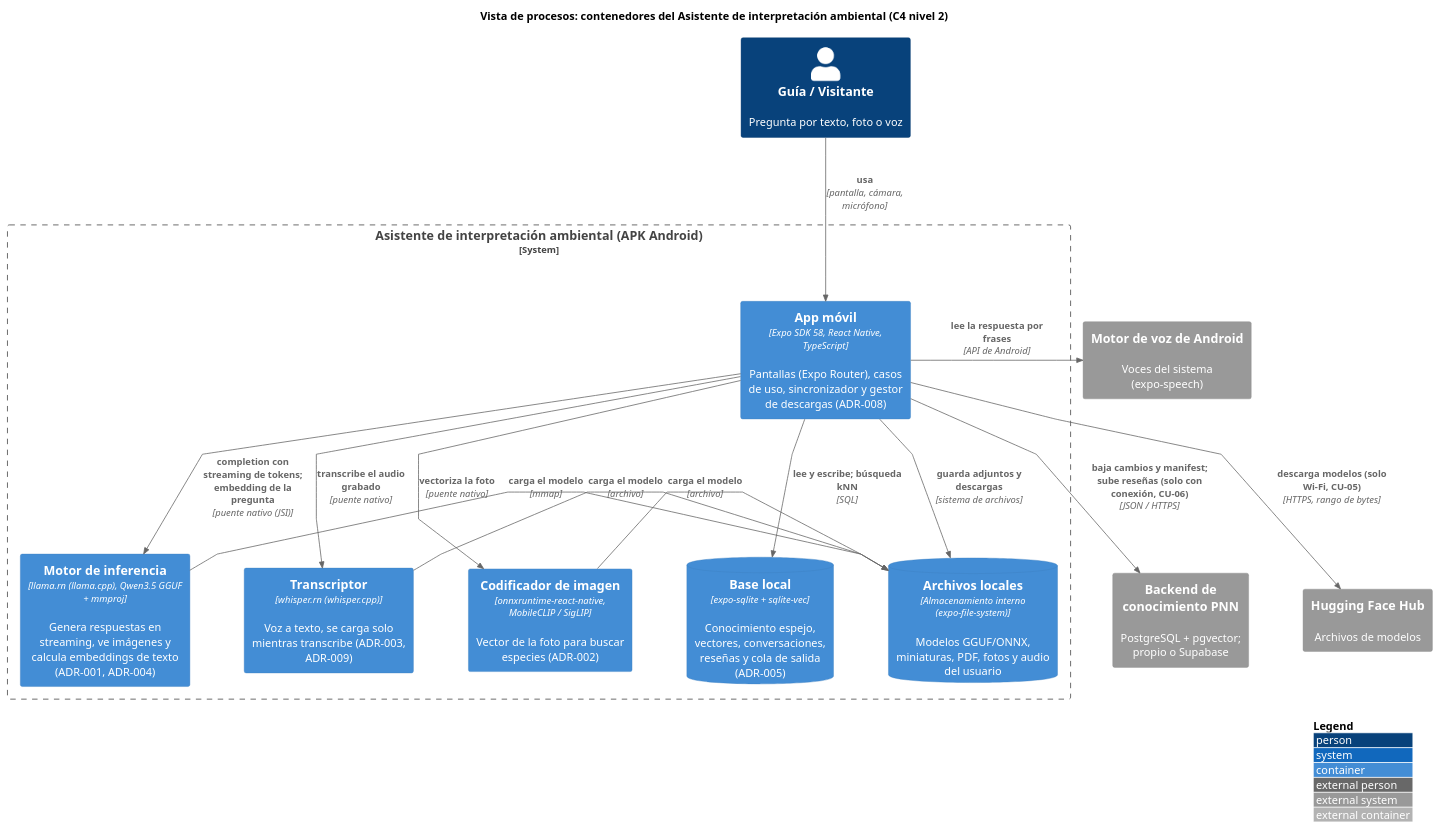
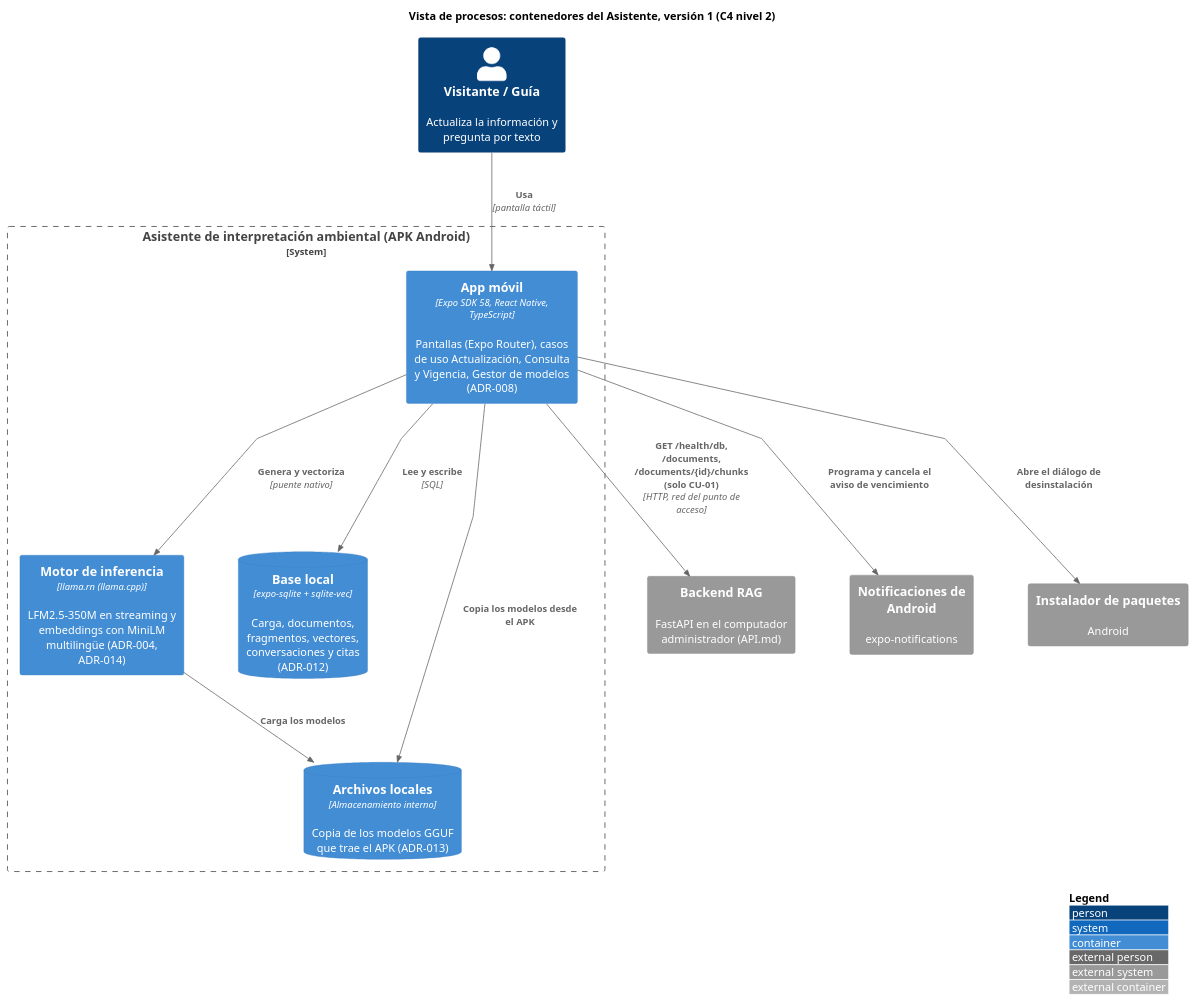
The diagram in docs/diagramas/02-procesos.puml (Alan-Soto-G/ia-local-PNN), drawn with PlantUML before and after one commit. The commit also changed 46 other files, not shown here.

Commit message:
docs: arquitectura de la versión 1 (ADR-012 a ADR-017)

```diff
--- a/docs/diagramas/02-procesos.puml
+++ b/docs/diagramas/02-procesos.puml
@@ -1,43 +1,30 @@
 @startuml procesos
 !include <C4/C4_Container>
 LAYOUT_WITH_LEGEND()
 skinparam linetype polyline
 skinparam nodesep 70
 skinparam ranksep 90
-title Vista de procesos: contenedores del Asistente de interpretación ambiental (C4 nivel 2)
+title Vista de procesos: contenedores del Asistente, versión 1 (C4 nivel 2)
 
-Person(guia, "Guía / Visitante", "Pregunta por texto, foto o voz")
+Person(usuario, "Visitante / Guía", "Actualiza la información y pregunta por texto")
 
 System_Boundary(sistema, "Asistente de interpretación ambiental (APK Android)") {
-  Container(app, "App móvil", "Expo SDK 58, React Native, TypeScript", "Pantallas (Expo Router), casos de uso, sincronizador y gestor de descargas (ADR-008)")
-  Container(llm, "Motor de inferencia", "llama.rn (llama.cpp), Qwen3.5 GGUF + mmproj", "Genera respuestas en streaming, ve imágenes y calcula embeddings de texto (ADR-001, ADR-004)")
-  Container(stt, "Transcriptor", "whisper.rn (whisper.cpp)", "Voz a texto, se carga solo mientras transcribe (ADR-003, ADR-009)")
-  Container(img, "Codificador de imagen", "onnxruntime-react-native, MobileCLIP / SigLIP", "Vector de la foto para buscar especies (ADR-002)")
-  ContainerDb(db, "Base local", "expo-sqlite + sqlite-vec", "Conocimiento espejo, vectores, conversaciones, reseñas y cola de salida (ADR-005)")
-  ContainerDb(files, "Archivos locales", "Almacenamiento interno (expo-file-system)", "Modelos GGUF/ONNX, miniaturas, PDF, fotos y audio del usuario")
+  Container(app, "App móvil", "Expo SDK 58, React Native, TypeScript", "Pantallas (Expo Router), casos de uso Actualización, Consulta y Vigencia, Gestor de modelos (ADR-008)")
+  Container(llm, "Motor de inferencia", "llama.rn (llama.cpp)", "LFM2.5-350M en streaming y embeddings con MiniLM multilingüe (ADR-004, ADR-014)")
+  ContainerDb(db, "Base local", "expo-sqlite + sqlite-vec", "Carga, documentos, fragmentos, vectores, conversaciones y citas (ADR-012)")
+  ContainerDb(files, "Archivos locales", "Almacenamiento interno", "Copia de los modelos GGUF que trae el APK (ADR-013)")
 }
 
-System_Ext(tts, "Motor de voz de Android", "Voces del sistema (expo-speech)")
-System_Ext(backend, "Backend de conocimiento PNN", "PostgreSQL + pgvector; propio o Supabase")
-System_Ext(hf, "Hugging Face Hub", "Archivos de modelos")
+System_Ext(backend, "Backend RAG", "FastAPI en el computador administrador (API.md)")
+System_Ext(notif, "Notificaciones de Android", "expo-notifications")
+System_Ext(instalador, "Instalador de paquetes", "Android")
 
-Lay_R(llm, stt)
-Lay_R(stt, img)
-Lay_R(db, files)
-Lay_R(backend, hf)
-
-Rel_D(guia, app, "usa", "pantalla, cámara, micrófono")
-
-Rel_D(app, llm, "completion con streaming de tokens; embedding de la pregunta", "puente nativo (JSI)")
-Rel_D(app, stt, "transcribe el audio grabado", "puente nativo")
-Rel_D(app, img, "vectoriza la foto", "puente nativo")
-Rel_D(app, db, "lee y escribe; búsqueda kNN", "SQL")
-Rel_D(app, files, "guarda adjuntos y descargas", "sistema de archivos")
-Rel_L(llm, files, "carga el modelo", "mmap")
-Rel_L(stt, files, "carga el modelo", "archivo")
-Rel_R(img, files, "carga el modelo", "archivo")
-Rel_R(app, tts, "lee la respuesta por frases", "API de Android")
-
-Rel_D(app, backend, "baja cambios y manifest; sube reseñas (solo con conexión, CU-06)", "JSON / HTTPS")
-Rel_D(app, hf, "descarga modelos (solo Wi-Fi, CU-05)", "HTTPS, rango de bytes")
+Rel(usuario, app, "Usa", "pantalla táctil")
+Rel(app, llm, "Genera y vectoriza", "puente nativo")
+Rel(llm, files, "Carga los modelos")
+Rel(app, files, "Copia los modelos desde el APK")
+Rel(app, db, "Lee y escribe", "SQL")
+Rel(app, backend, "GET /health/db, /documents, /documents/{id}/chunks (solo CU-01)", "HTTP, red del punto de acceso")
+Rel(app, notif, "Programa y cancela el aviso de vencimiento")
+Rel(app, instalador, "Abre el diálogo de desinstalación")
 @enduml
```
